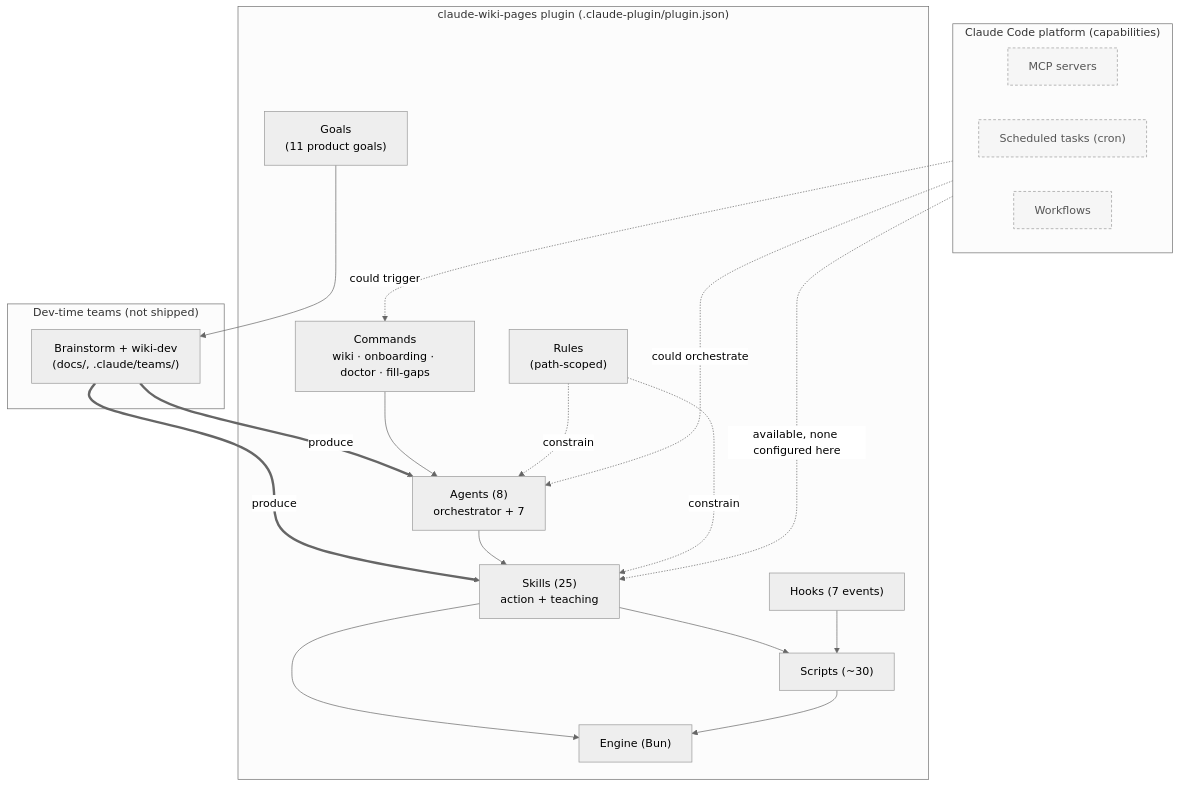
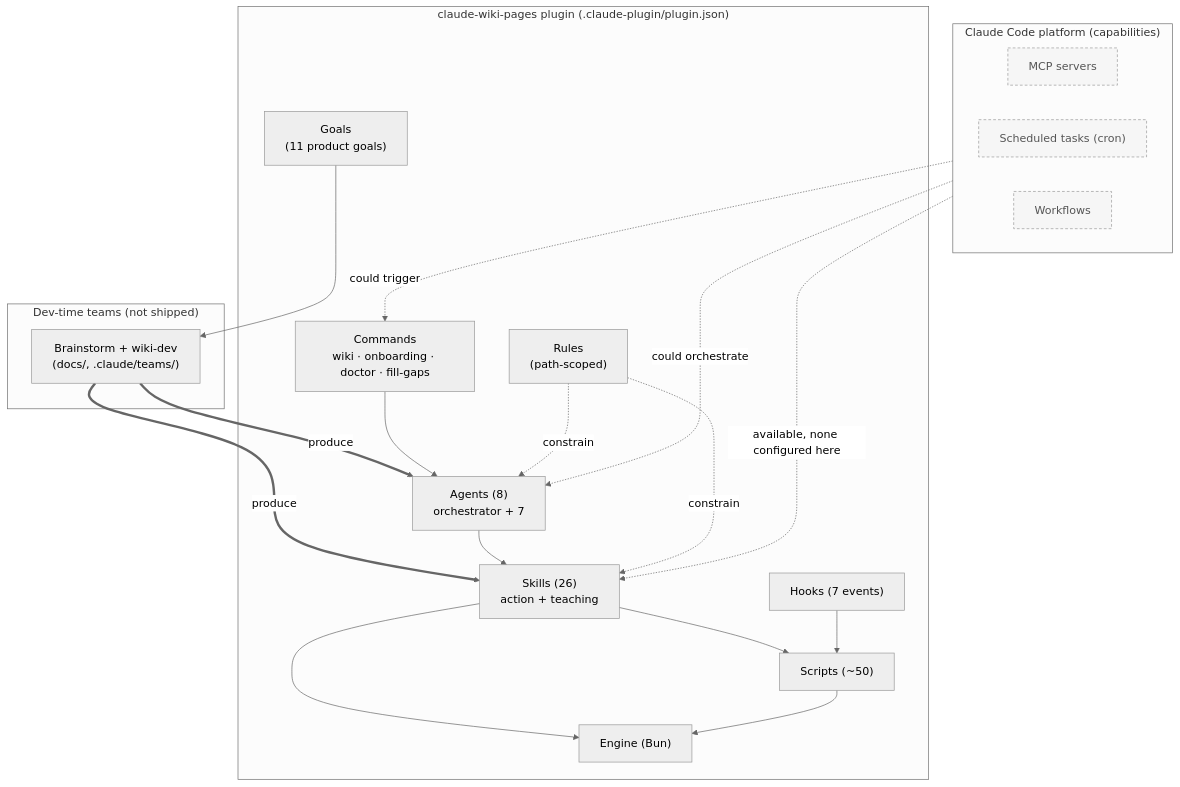
Before and after one commit to odere-pro/claude-wiki-pages-plugin: the diagram in docs/design/06-feature-relations.md, drawn with Mermaid (neutral theme). The commit also changed other lines of this file and 47 other files, not shown here.

First line of the commit message:
docs: apply voice pass, sync counts/diagrams, repoint stale vault-example paths

````diff
--- a/docs/design/06-feature-relations.md
+++ b/docs/design/06-feature-relations.md
@@ -11,43 +11,43 @@
 ```mermaid
 graph TB
     subgraph platform["Claude Code platform (capabilities)"]
         direction LR
         mcp["MCP servers"]
         cron["Scheduled tasks (cron)"]
         wf["Workflows"]
     end
 
     subgraph plugin["claude-wiki-pages plugin (.claude-plugin/plugin.json)"]
         goals["Goals<br/>(11 product goals)"]
         cmds["Commands<br/>wiki · onboarding · doctor · fill-gaps"]
         agents["Agents (8)<br/>orchestrator + 7"]
-        skills["Skills (25)<br/>action + teaching"]
+        skills["Skills (26)<br/>action + teaching"]
         hooks["Hooks (7 events)"]
-        scripts["Scripts (~30)"]
+        scripts["Scripts (~50)"]
         rules["Rules<br/>(path-scoped)"]
         engine["Engine (Bun)"]
     end
 
     subgraph dev["Dev-time teams (not shipped)"]
         teams["Brainstorm + wiki-dev<br/>(docs/, .claude/teams/)"]
     end
 
     goals --> teams
     teams ==>|produce| agents
     teams ==>|produce| skills
     cmds --> agents
     agents --> skills
     skills --> engine
     skills --> scripts
     hooks --> scripts
     rules -. constrain .-> agents
     rules -. constrain .-> skills
     scripts --> engine
 
     cron -. could trigger .-> cmds
     wf -. could orchestrate .-> agents
     mcp -. available, none configured here .-> skills
 
     classDef avail stroke-dasharray: 4 3,fill:#f6f6f6,stroke:#999,color:#555;
     class mcp,cron,wf avail;
 ```
````
